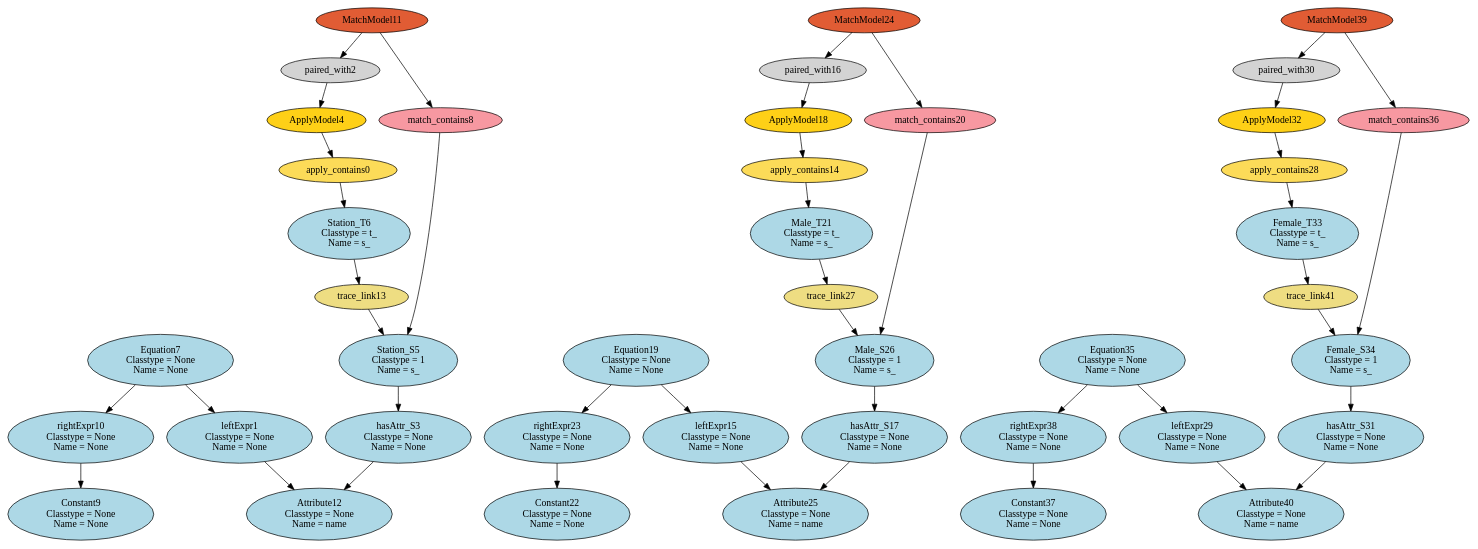
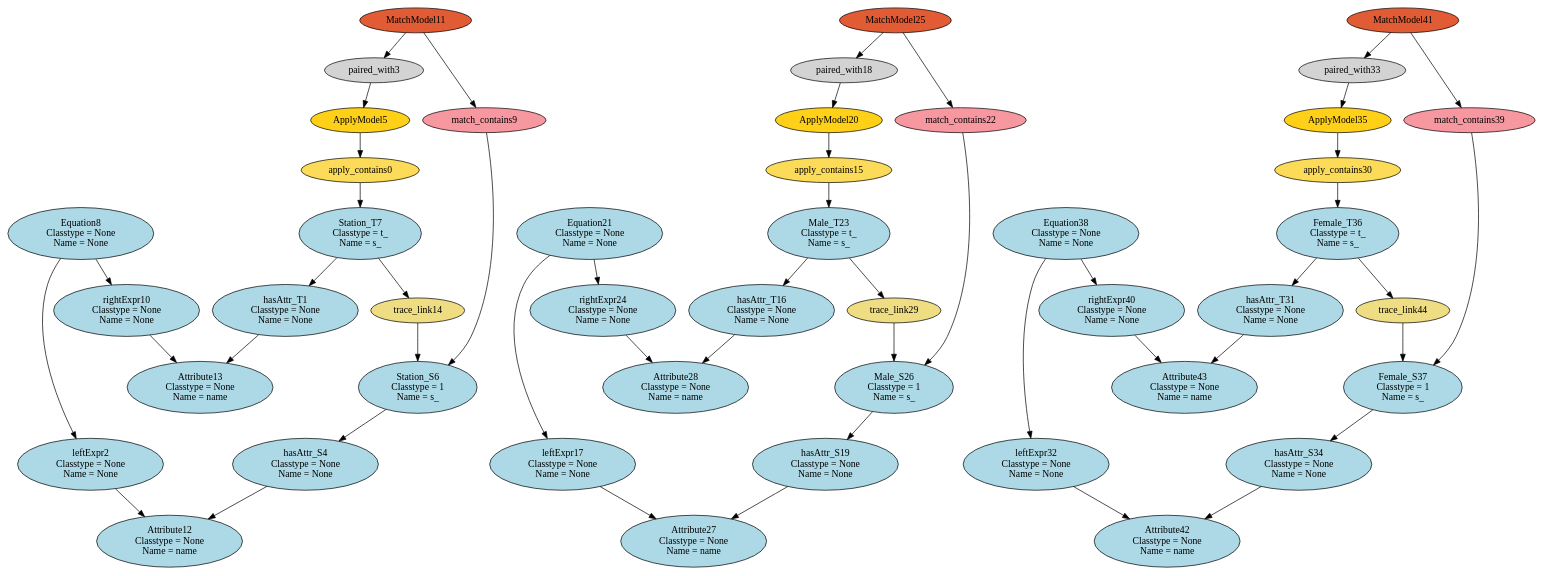
The diagram in dot/HEmptyPathCondition_HS2S_HM2M_HF2F.dot (levilucio/SyVOLT), drawn with Graphviz before and after one commit. The commit also changed 20 other files, not shown here.

```diff
--- a/dot/HEmptyPathCondition_HS2S_HM2M_HF2F.dot
+++ b/dot/HEmptyPathCondition_HS2S_HM2M_HF2F.dot
@@ -1,86 +1,95 @@
 digraph HEmptyPathCondition_HS2S_HM2M_HF2F {
 apply_contains0 [style=filled, fillcolor="#FCDB58"];
-"leftExpr1\n Classtype = None\n Name = None" [style=filled, fillcolor=lightblue];
-paired_with2 [style=filled, fillcolor=lightgray];
-"hasAttr_S3\n Classtype = None\n Name = None" [style=filled, fillcolor=lightblue];
-ApplyModel4 [style=filled, fillcolor="#FED017"];
-"Station_S5\n Classtype = 1\n Name = s_" [style=filled, fillcolor=lightblue];
-"Station_T6\n Classtype = t_\n Name = s_" [style=filled, fillcolor=lightblue];
-"Equation7\n Classtype = None\n Name = None" [style=filled, fillcolor=lightblue];
-match_contains8 [style=filled, fillcolor="#F798A1"];
-"Constant9\n Classtype = None\n Name = None" [style=filled, fillcolor=lightblue];
+"hasAttr_T1\n Classtype = None\n Name = None" [style=filled, fillcolor=lightblue];
+"leftExpr2\n Classtype = None\n Name = None" [style=filled, fillcolor=lightblue];
+paired_with3 [style=filled, fillcolor=lightgray];
+"hasAttr_S4\n Classtype = None\n Name = None" [style=filled, fillcolor=lightblue];
+ApplyModel5 [style=filled, fillcolor="#FED017"];
+"Station_S6\n Classtype = 1\n Name = s_" [style=filled, fillcolor=lightblue];
+"Station_T7\n Classtype = t_\n Name = s_" [style=filled, fillcolor=lightblue];
+"Equation8\n Classtype = None\n Name = None" [style=filled, fillcolor=lightblue];
+match_contains9 [style=filled, fillcolor="#F798A1"];
 "rightExpr10\n Classtype = None\n Name = None" [style=filled, fillcolor=lightblue];
 MatchModel11 [style=filled, fillcolor="#E15C34"];
 "Attribute12\n Classtype = None\n Name = name" [style=filled, fillcolor=lightblue];
-trace_link13 [style=filled, fillcolor=lightgoldenrod];
-apply_contains14 [style=filled, fillcolor="#FCDB58"];
-"leftExpr15\n Classtype = None\n Name = None" [style=filled, fillcolor=lightblue];
-paired_with16 [style=filled, fillcolor=lightgray];
-"hasAttr_S17\n Classtype = None\n Name = None" [style=filled, fillcolor=lightblue];
-ApplyModel18 [style=filled, fillcolor="#FED017"];
-"Equation19\n Classtype = None\n Name = None" [style=filled, fillcolor=lightblue];
-match_contains20 [style=filled, fillcolor="#F798A1"];
-"Male_T21\n Classtype = t_\n Name = s_" [style=filled, fillcolor=lightblue];
-"Constant22\n Classtype = None\n Name = None" [style=filled, fillcolor=lightblue];
-"rightExpr23\n Classtype = None\n Name = None" [style=filled, fillcolor=lightblue];
-MatchModel24 [style=filled, fillcolor="#E15C34"];
-"Attribute25\n Classtype = None\n Name = name" [style=filled, fillcolor=lightblue];
+"Attribute13\n Classtype = None\n Name = name" [style=filled, fillcolor=lightblue];
+trace_link14 [style=filled, fillcolor=lightgoldenrod];
+apply_contains15 [style=filled, fillcolor="#FCDB58"];
+"hasAttr_T16\n Classtype = None\n Name = None" [style=filled, fillcolor=lightblue];
+"leftExpr17\n Classtype = None\n Name = None" [style=filled, fillcolor=lightblue];
+paired_with18 [style=filled, fillcolor=lightgray];
+"hasAttr_S19\n Classtype = None\n Name = None" [style=filled, fillcolor=lightblue];
+ApplyModel20 [style=filled, fillcolor="#FED017"];
+"Equation21\n Classtype = None\n Name = None" [style=filled, fillcolor=lightblue];
+match_contains22 [style=filled, fillcolor="#F798A1"];
+"Male_T23\n Classtype = t_\n Name = s_" [style=filled, fillcolor=lightblue];
+"rightExpr24\n Classtype = None\n Name = None" [style=filled, fillcolor=lightblue];
+MatchModel25 [style=filled, fillcolor="#E15C34"];
 "Male_S26\n Classtype = 1\n Name = s_" [style=filled, fillcolor=lightblue];
-trace_link27 [style=filled, fillcolor=lightgoldenrod];
-apply_contains28 [style=filled, fillcolor="#FCDB58"];
-"leftExpr29\n Classtype = None\n Name = None" [style=filled, fillcolor=lightblue];
-paired_with30 [style=filled, fillcolor=lightgray];
-"hasAttr_S31\n Classtype = None\n Name = None" [style=filled, fillcolor=lightblue];
-ApplyModel32 [style=filled, fillcolor="#FED017"];
-"Female_T33\n Classtype = t_\n Name = s_" [style=filled, fillcolor=lightblue];
-"Female_S34\n Classtype = 1\n Name = s_" [style=filled, fillcolor=lightblue];
-"Equation35\n Classtype = None\n Name = None" [style=filled, fillcolor=lightblue];
-match_contains36 [style=filled, fillcolor="#F798A1"];
-"Constant37\n Classtype = None\n Name = None" [style=filled, fillcolor=lightblue];
-"rightExpr38\n Classtype = None\n Name = None" [style=filled, fillcolor=lightblue];
-MatchModel39 [style=filled, fillcolor="#E15C34"];
-"Attribute40\n Classtype = None\n Name = name" [style=filled, fillcolor=lightblue];
-trace_link41 [style=filled, fillcolor=lightgoldenrod];
-ApplyModel4 -> apply_contains0;
-apply_contains0 -> "Station_T6\n Classtype = t_\n Name = s_";
-"Equation7\n Classtype = None\n Name = None" -> "leftExpr1\n Classtype = None\n Name = None";
-"leftExpr1\n Classtype = None\n Name = None" -> "Attribute12\n Classtype = None\n Name = name";
-MatchModel11 -> paired_with2;
-paired_with2 -> ApplyModel4;
-"Station_S5\n Classtype = 1\n Name = s_" -> "hasAttr_S3\n Classtype = None\n Name = None";
-"hasAttr_S3\n Classtype = None\n Name = None" -> "Attribute12\n Classtype = None\n Name = name";
-match_contains8 -> "Station_S5\n Classtype = 1\n Name = s_";
-"Equation7\n Classtype = None\n Name = None" -> "rightExpr10\n Classtype = None\n Name = None";
-MatchModel11 -> match_contains8;
-"rightExpr10\n Classtype = None\n Name = None" -> "Constant9\n Classtype = None\n Name = None";
-trace_link13 -> "Station_S5\n Classtype = 1\n Name = s_";
-"Station_T6\n Classtype = t_\n Name = s_" -> trace_link13;
-ApplyModel18 -> apply_contains14;
-apply_contains14 -> "Male_T21\n Classtype = t_\n Name = s_";
-"Equation19\n Classtype = None\n Name = None" -> "leftExpr15\n Classtype = None\n Name = None";
-"leftExpr15\n Classtype = None\n Name = None" -> "Attribute25\n Classtype = None\n Name = name";
-MatchModel24 -> paired_with16;
-paired_with16 -> ApplyModel18;
-"Male_S26\n Classtype = 1\n Name = s_" -> "hasAttr_S17\n Classtype = None\n Name = None";
-"hasAttr_S17\n Classtype = None\n Name = None" -> "Attribute25\n Classtype = None\n Name = name";
-"Equation19\n Classtype = None\n Name = None" -> "rightExpr23\n Classtype = None\n Name = None";
-MatchModel24 -> match_contains20;
-match_contains20 -> "Male_S26\n Classtype = 1\n Name = s_";
-"rightExpr23\n Classtype = None\n Name = None" -> "Constant22\n Classtype = None\n Name = None";
-trace_link27 -> "Male_S26\n Classtype = 1\n Name = s_";
-"Male_T21\n Classtype = t_\n Name = s_" -> trace_link27;
-ApplyModel32 -> apply_contains28;
-apply_contains28 -> "Female_T33\n Classtype = t_\n Name = s_";
-"Equation35\n Classtype = None\n Name = None" -> "leftExpr29\n Classtype = None\n Name = None";
-"leftExpr29\n Classtype = None\n Name = None" -> "Attribute40\n Classtype = None\n Name = name";
-MatchModel39 -> paired_with30;
-paired_with30 -> ApplyModel32;
-"Female_S34\n Classtype = 1\n Name = s_" -> "hasAttr_S31\n Classtype = None\n Name = None";
-"hasAttr_S31\n Classtype = None\n Name = None" -> "Attribute40\n Classtype = None\n Name = name";
-match_contains36 -> "Female_S34\n Classtype = 1\n Name = s_";
-"Equation35\n Classtype = None\n Name = None" -> "rightExpr38\n Classtype = None\n Name = None";
-MatchModel39 -> match_contains36;
-"rightExpr38\n Classtype = None\n Name = None" -> "Constant37\n Classtype = None\n Name = None";
-trace_link41 -> "Female_S34\n Classtype = 1\n Name = s_";
-"Female_T33\n Classtype = t_\n Name = s_" -> trace_link41;
+"Attribute27\n Classtype = None\n Name = name" [style=filled, fillcolor=lightblue];
+"Attribute28\n Classtype = None\n Name = name" [style=filled, fillcolor=lightblue];
+trace_link29 [style=filled, fillcolor=lightgoldenrod];
+apply_contains30 [style=filled, fillcolor="#FCDB58"];
+"hasAttr_T31\n Classtype = None\n Name = None" [style=filled, fillcolor=lightblue];
+"leftExpr32\n Classtype = None\n Name = None" [style=filled, fillcolor=lightblue];
+paired_with33 [style=filled, fillcolor=lightgray];
+"hasAttr_S34\n Classtype = None\n Name = None" [style=filled, fillcolor=lightblue];
+ApplyModel35 [style=filled, fillcolor="#FED017"];
+"Female_T36\n Classtype = t_\n Name = s_" [style=filled, fillcolor=lightblue];
+"Female_S37\n Classtype = 1\n Name = s_" [style=filled, fillcolor=lightblue];
+"Equation38\n Classtype = None\n Name = None" [style=filled, fillcolor=lightblue];
+match_contains39 [style=filled, fillcolor="#F798A1"];
+"rightExpr40\n Classtype = None\n Name = None" [style=filled, fillcolor=lightblue];
+MatchModel41 [style=filled, fillcolor="#E15C34"];
+"Attribute42\n Classtype = None\n Name = name" [style=filled, fillcolor=lightblue];
+"Attribute43\n Classtype = None\n Name = name" [style=filled, fillcolor=lightblue];
+trace_link44 [style=filled, fillcolor=lightgoldenrod];
+ApplyModel5 -> apply_contains0;
+apply_contains0 -> "Station_T7\n Classtype = t_\n Name = s_";
+"Station_T7\n Classtype = t_\n Name = s_" -> "hasAttr_T1\n Classtype = None\n Name = None";
+"hasAttr_T1\n Classtype = None\n Name = None" -> "Attribute13\n Classtype = None\n Name = name";
+"Equation8\n Classtype = None\n Name = None" -> "leftExpr2\n Classtype = None\n Name = None";
+"leftExpr2\n Classtype = None\n Name = None" -> "Attribute12\n Classtype = None\n Name = name";
+MatchModel11 -> paired_with3;
+paired_with3 -> ApplyModel5;
+"Station_S6\n Classtype = 1\n Name = s_" -> "hasAttr_S4\n Classtype = None\n Name = None";
+"hasAttr_S4\n Classtype = None\n Name = None" -> "Attribute12\n Classtype = None\n Name = name";
+match_contains9 -> "Station_S6\n Classtype = 1\n Name = s_";
+"Equation8\n Classtype = None\n Name = None" -> "rightExpr10\n Classtype = None\n Name = None";
+MatchModel11 -> match_contains9;
+"rightExpr10\n Classtype = None\n Name = None" -> "Attribute13\n Classtype = None\n Name = name";
+trace_link14 -> "Station_S6\n Classtype = 1\n Name = s_";
+"Station_T7\n Classtype = t_\n Name = s_" -> trace_link14;
+ApplyModel20 -> apply_contains15;
+apply_contains15 -> "Male_T23\n Classtype = t_\n Name = s_";
+"Male_T23\n Classtype = t_\n Name = s_" -> "hasAttr_T16\n Classtype = None\n Name = None";
+"hasAttr_T16\n Classtype = None\n Name = None" -> "Attribute28\n Classtype = None\n Name = name";
+"Equation21\n Classtype = None\n Name = None" -> "leftExpr17\n Classtype = None\n Name = None";
+"leftExpr17\n Classtype = None\n Name = None" -> "Attribute27\n Classtype = None\n Name = name";
+MatchModel25 -> paired_with18;
+paired_with18 -> ApplyModel20;
+"Male_S26\n Classtype = 1\n Name = s_" -> "hasAttr_S19\n Classtype = None\n Name = None";
+"hasAttr_S19\n Classtype = None\n Name = None" -> "Attribute27\n Classtype = None\n Name = name";
+"Equation21\n Classtype = None\n Name = None" -> "rightExpr24\n Classtype = None\n Name = None";
+MatchModel25 -> match_contains22;
+match_contains22 -> "Male_S26\n Classtype = 1\n Name = s_";
+"rightExpr24\n Classtype = None\n Name = None" -> "Attribute28\n Classtype = None\n Name = name";
+trace_link29 -> "Male_S26\n Classtype = 1\n Name = s_";
+"Male_T23\n Classtype = t_\n Name = s_" -> trace_link29;
+ApplyModel35 -> apply_contains30;
+apply_contains30 -> "Female_T36\n Classtype = t_\n Name = s_";
+"Female_T36\n Classtype = t_\n Name = s_" -> "hasAttr_T31\n Classtype = None\n Name = None";
+"hasAttr_T31\n Classtype = None\n Name = None" -> "Attribute43\n Classtype = None\n Name = name";
+"Equation38\n Classtype = None\n Name = None" -> "leftExpr32\n Classtype = None\n Name = None";
+"leftExpr32\n Classtype = None\n Name = None" -> "Attribute42\n Classtype = None\n Name = name";
+MatchModel41 -> paired_with33;
+paired_with33 -> ApplyModel35;
+"Female_S37\n Classtype = 1\n Name = s_" -> "hasAttr_S34\n Classtype = None\n Name = None";
+"hasAttr_S34\n Classtype = None\n Name = None" -> "Attribute42\n Classtype = None\n Name = name";
+match_contains39 -> "Female_S37\n Classtype = 1\n Name = s_";
+"Equation38\n Classtype = None\n Name = None" -> "rightExpr40\n Classtype = None\n Name = None";
+MatchModel41 -> match_contains39;
+"rightExpr40\n Classtype = None\n Name = None" -> "Attribute43\n Classtype = None\n Name = name";
+trace_link44 -> "Female_S37\n Classtype = 1\n Name = s_";
+"Female_T36\n Classtype = t_\n Name = s_" -> trace_link44;
 }
```
